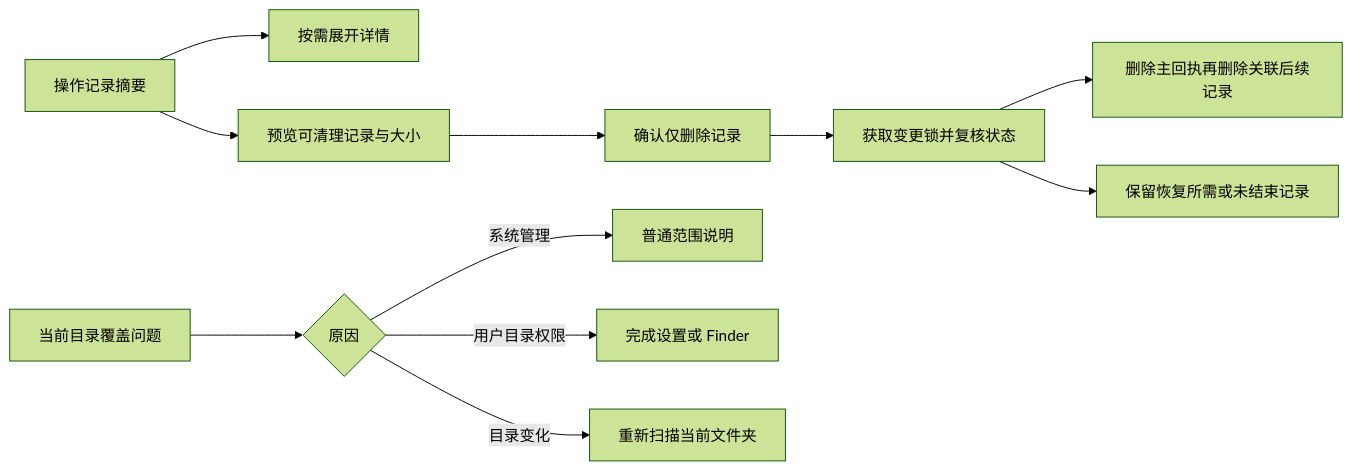
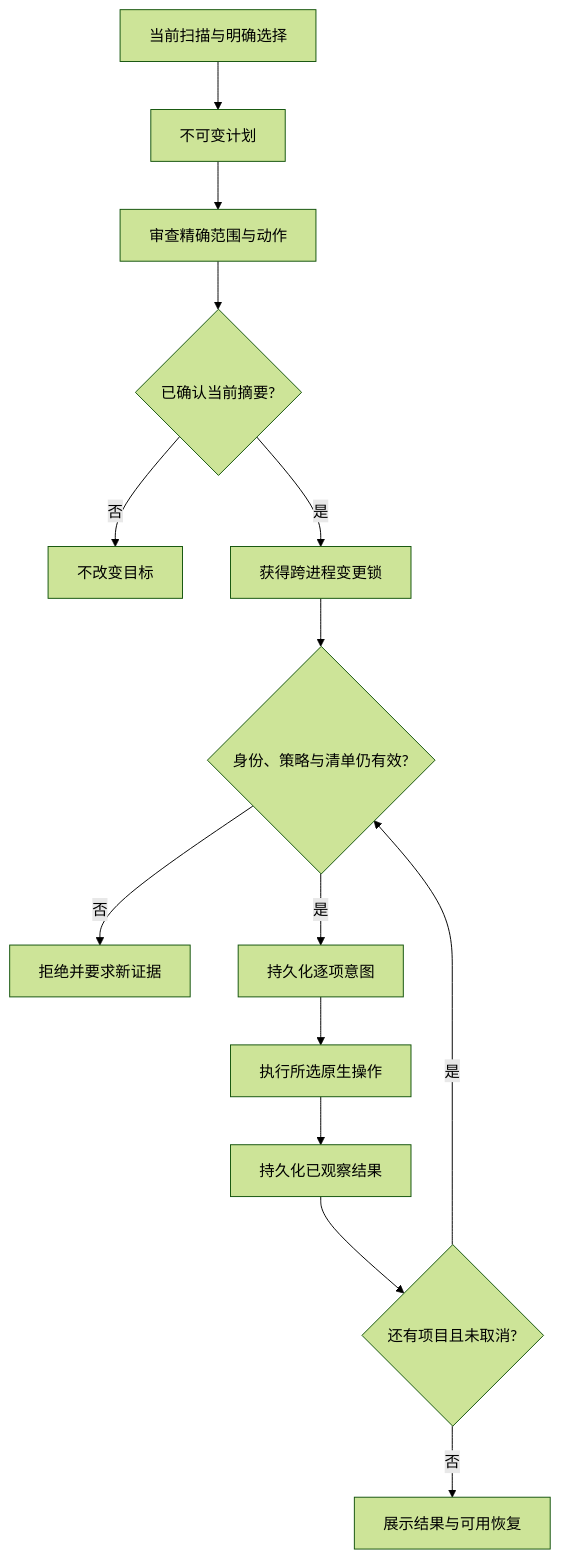
One commit to limecloud/shou changed the third of 3 diagrams in docs/zh-CN/architecture/system-design.md. Above: the diagram before and after it, drawn with Mermaid (forest theme). The commit also changed other lines of this file and 312 other files, not shown here.

````diff
--- a/docs/zh-CN/architecture/system-design.md
+++ b/docs/zh-CN/architecture/system-design.md
@@ -356,13 +79,16 @@
 ```mermaid
-flowchart LR
-    H[操作记录摘要] --> D[按需展开详情]
-    H --> P[预览可清理记录与大小]
-    P --> C[确认仅删除记录]
-    C --> L[获取变更锁并复核状态]
-    L --> R[删除主回执再删除关联后续记录]
-    L --> K[保留恢复所需或未结束记录]
-    S[当前目录覆盖问题] --> M{原因}
-    M -->|系统管理| I[普通范围说明]
-    M -->|用户目录权限| A[完成设置或 Finder]
-    M -->|目录变化| F[重新扫描当前文件夹]
+flowchart TD
+    Evidence[当前扫描与明确选择] --> Plan[不可变计划]
+    Plan --> Review[审查精确范围与动作]
+    Review --> Confirm{已确认当前摘要?}
+    Confirm -->|否| Stop[不改变目标]
+    Confirm -->|是| Lease[获得跨进程变更锁]
+    Lease --> Verify{身份、策略与清单仍有效?}
+    Verify -->|否| Rescan[拒绝并要求新证据]
+    Verify -->|是| Journal[持久化逐项意图]
+    Journal --> Mutate[执行所选原生操作]
+    Mutate --> Receipt[持久化已观察结果]
+    Receipt --> Next{还有项目且未取消?}
+    Next -->|是| Verify
+    Next -->|否| Results[展示结果与可用恢复]
 ```
````
